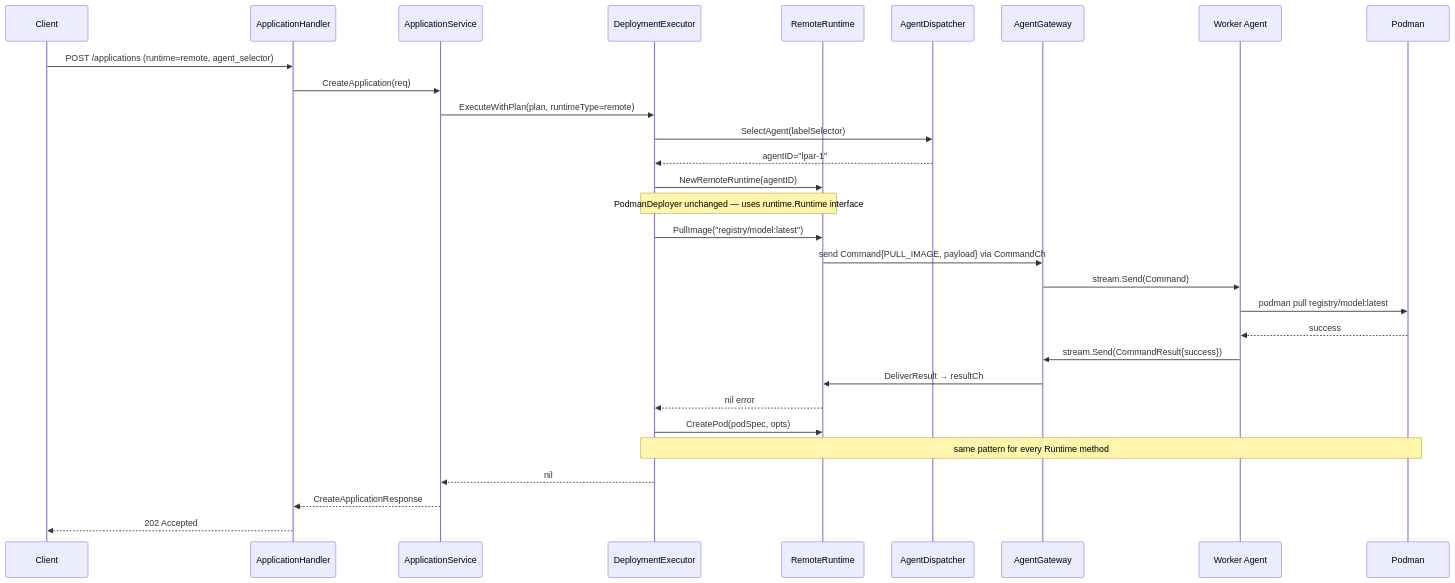
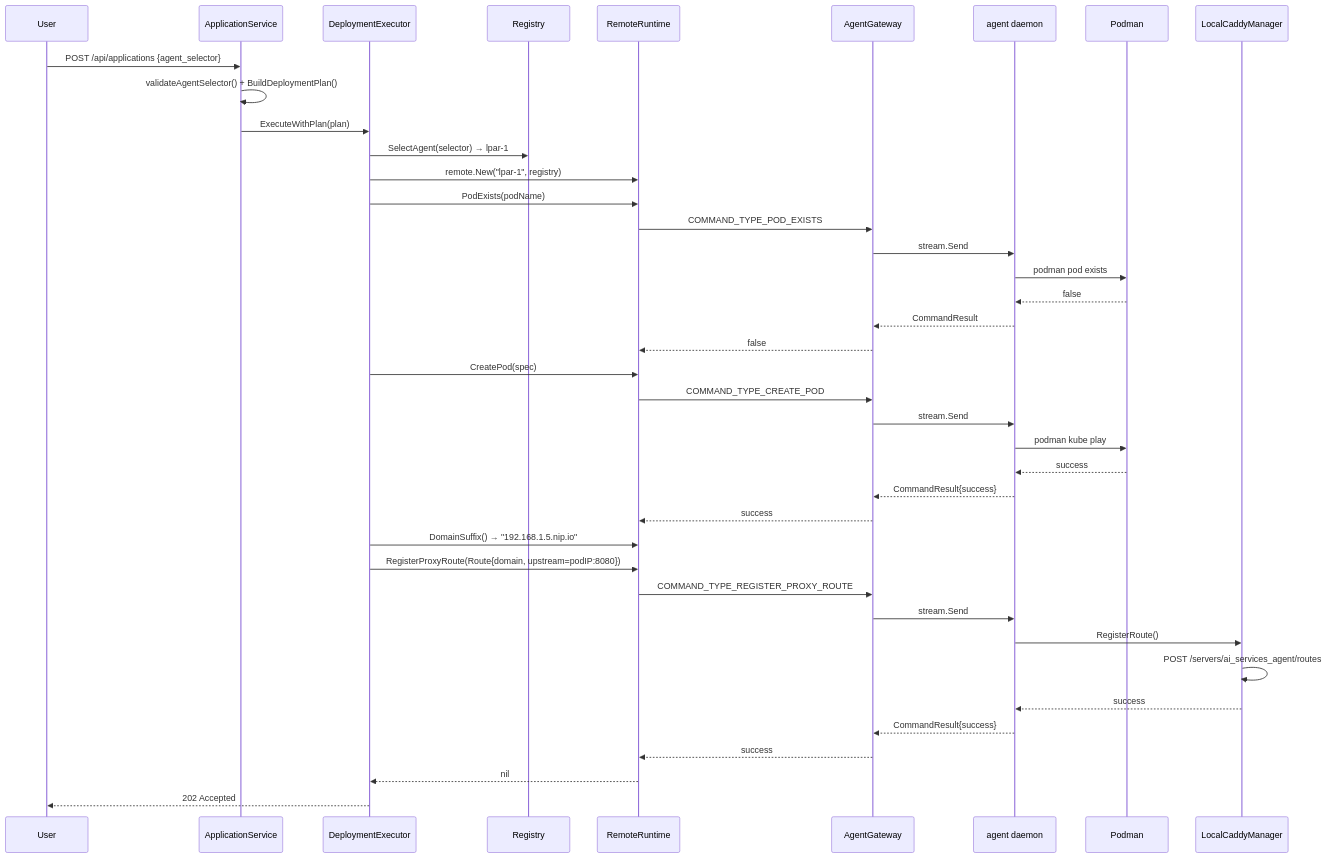
The fourth of 5 diagrams in docs/proposals/catalog/remote-worker-agent-proposal.md (IBM/project-ai-services), drawn with Mermaid before and after one commit. The commit also changed other lines of this file, not shown here.

Commit message:
update for agent + caddy

````diff
--- a/docs/proposals/catalog/remote-worker-agent-proposal.md
+++ b/docs/proposals/catalog/remote-worker-agent-proposal.md
@@ -243,33 +516,46 @@
 ```mermaid
 sequenceDiagram
-    participant C as Client
-    participant AH as ApplicationHandler
+    participant U as User
     participant AS as ApplicationService
     participant DE as DeploymentExecutor
+    participant REG as Registry
     participant RR as RemoteRuntime
-    participant AD as AgentDispatcher
     participant GW as AgentGateway
-    participant DA as Worker Agent
+    participant DA as agent daemon
     participant PM as Podman
+    participant CM as LocalCaddyManager
 
-    C->>AH: POST /applications (runtime=remote, agent_selector)
-    AH->>AS: CreateApplication(req)
-    AS->>DE: ExecuteWithPlan(plan, runtimeType=remote)
-    DE->>AD: SelectAgent(labelSelector)
-    AD-->>DE: agentID="lpar-1"
-    DE->>RR: NewRemoteRuntime(agentID)
-    Note over DE,RR: PodmanDeployer unchanged — uses runtime.Runtime interface
-    DE->>RR: PullImage("registry/model:latest")
-    RR->>GW: send Command{PULL_IMAGE, payload} via CommandCh
-    GW->>DA: stream.Send(Command)
-    DA->>PM: podman pull registry/model:latest
+    U->>AS: POST /api/applications {agent_selector}
+    AS->>AS: validateAgentSelector() + BuildDeploymentPlan()
+    AS->>DE: ExecuteWithPlan(plan)
+    DE->>REG: SelectAgent(selector) → lpar-1
+    DE->>RR: remote.New("lpar-1", registry)
+
+    DE->>RR: PodExists(podName)
+    RR->>GW: COMMAND_TYPE_POD_EXISTS
+    GW->>DA: stream.Send
+    DA->>PM: podman pod exists
+    PM-->>DA: false
+    DA-->>GW: CommandResult
+    GW-->>RR: false
+
+    DE->>RR: CreatePod(spec)
+    RR->>GW: COMMAND_TYPE_CREATE_POD
+    GW->>DA: stream.Send
+    DA->>PM: podman kube play
     PM-->>DA: success
-    DA->>GW: stream.Send(CommandResult{success})
-    GW->>RR: DeliverResult → resultCh
-    RR-->>DE: nil error
-    DE->>RR: CreatePod(podSpec, opts)
-    Note over DE,PM: same pattern for every Runtime method
-    DE-->>AS: nil
-    AS-->>AH: CreateApplicationResponse
-    AH-->>C: 202 Accepted
+    DA-->>GW: CommandResult{success}
+    GW-->>RR: success
+
+    DE->>RR: DomainSuffix() → "192.168.1.5.nip.io"
+    DE->>RR: RegisterProxyRoute(Route{domain, upstream=podIP:8080})
+    RR->>GW: COMMAND_TYPE_REGISTER_PROXY_ROUTE
+    GW->>DA: stream.Send
+    DA->>CM: RegisterRoute()
+    CM->>CM: POST /servers/ai_services_agent/routes
+    CM-->>DA: success
+    DA-->>GW: CommandResult{success}
+    GW-->>RR: success
+    RR-->>DE: nil
+    DE-->>U: 202 Accepted
 ```
````
